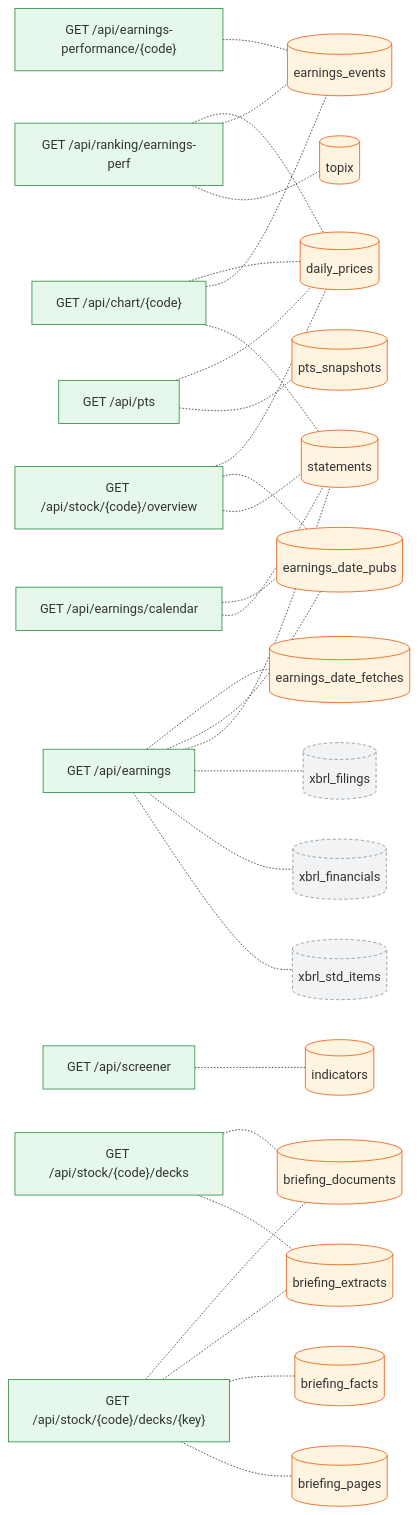
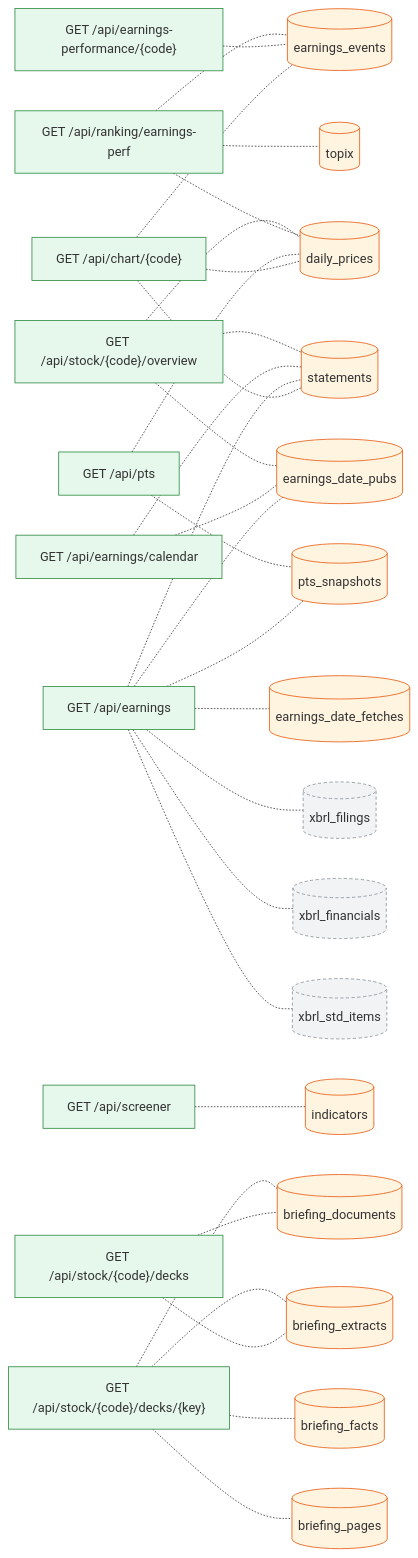
Before and after one commit to pekumirui/stock-analyzer: the second of 2 diagrams in docs/dataflow/market.md, drawn with Mermaid. The commit also changed other lines of this file and 8 other files, not shown here.

````diff
--- a/docs/dataflow/market.md
+++ b/docs/dataflow/market.md
@@ -84,59 +84,60 @@
 ```mermaid
 flowchart LR
   n0["GET /api/chart/{code}"]:::api
   n1["GET /api/earnings"]:::api
   n2["GET /api/earnings-performance/{code}"]:::api
   n3["GET /api/earnings/calendar"]:::api
   n4["GET /api/pts"]:::api
   n5["GET /api/ranking/earnings-perf"]:::api
   n6["GET /api/screener"]:::api
   n7["GET /api/stock/{code}/decks"]:::api
   n8["GET /api/stock/{code}/decks/{key}"]:::api
   n9["GET /api/stock/{code}/overview"]:::api
   n10[("briefing_documents")]:::tbl
   n11[("briefing_extracts")]:::tbl
   n12[("briefing_facts")]:::tbl
   n13[("briefing_pages")]:::tbl
   n14[("daily_prices")]:::tbl
   n15[("earnings_date_fetches")]:::tbl
   n16[("earnings_date_pubs")]:::tbl
   n17[("earnings_events")]:::tbl
   n18[("indicators")]:::tbl
   n19[("pts_snapshots")]:::tbl
   n20[("statements")]:::tbl
   n21[("topix")]:::tbl
   n22[("xbrl_filings")]:::ext
   n23[("xbrl_financials")]:::ext
   n24[("xbrl_std_items")]:::ext
   n0 -.- n14
   n0 -.- n17
   n0 -.- n20
   n1 -.- n15
   n1 -.- n16
+  n1 -.- n19
   n1 -.- n20
   n1 -.- n22
   n1 -.- n23
   n1 -.- n24
   n2 -.- n17
   n3 -.- n16
   n3 -.- n20
   n4 -.- n14
   n4 -.- n19
   n5 -.- n14
   n5 -.- n17
   n5 -.- n21
   n6 -.- n18
   n7 -.- n10
   n7 -.- n11
   n8 -.- n10
   n8 -.- n11
   n8 -.- n12
   n8 -.- n13
   n9 -.- n14
   n9 -.- n16
   n9 -.- n20
   classDef job fill:#e3ecff,stroke:#3b5bdb
   classDef api fill:#e6f7ec,stroke:#2b8a3e
   classDef tbl fill:#fff4e0,stroke:#e8590c
   classDef ext fill:#f1f3f5,stroke:#868e96,stroke-dasharray:4 3
 ```
````
